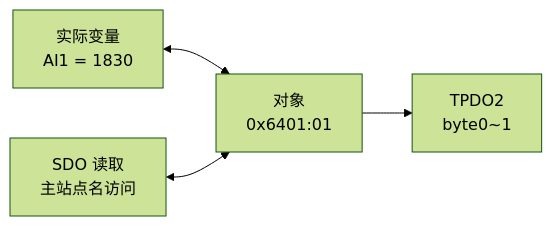
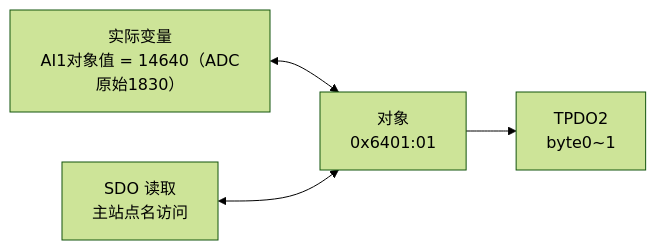
The third of 3 diagrams in docs/对象字典草案.md (xiaoyangxianshen664/CANopen_IO_Node), drawn with Mermaid (forest theme) before and after one commit. The commit also changed other lines of this file and 52 other files, not shown here.

````diff
--- a/docs/对象字典草案.md
+++ b/docs/对象字典草案.md
@@ -845,11 +850,11 @@
 ```mermaid
 flowchart LR
-    V[实际变量\nAI1 = 1830]
+    V[实际变量\nAI1对象值 = 14640（ADC原始1830）]
     OD[对象\n0x6401:01]
     SDO[SDO 读取\n主站点名访问]
     PDO[TPDO2\nbyte0~1]
 
     V <--> OD
     SDO <--> OD
     OD --> PDO
 ```
````
